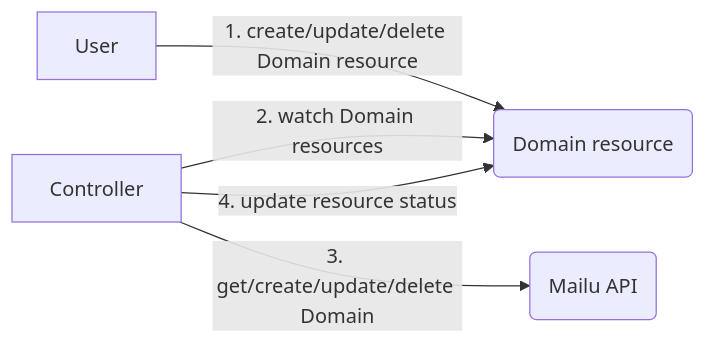
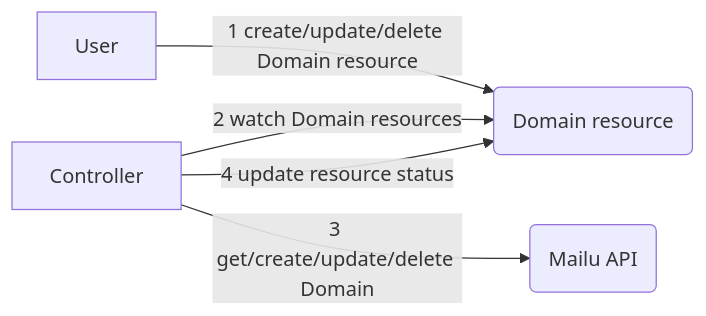
Before and after one commit to SickHub/mailu-operator: the diagram in README.md, drawn with Mermaid. The commit also changed 18 other files, not shown here.

````diff
--- a/README.md
+++ b/README.md
@@ -79,12 +79,12 @@
 ```mermaid
 flowchart LR
   CRD(Domain resource)
   Controller
   MailuAPI(Mailu API)
   
-  User -- 1. create/update/delete Domain resource --> CRD
+  User -- 1 create/update/delete Domain resource --> CRD
   
-  Controller -- 2. watch Domain resources --> CRD
-  Controller -- 3. get/create/update/delete Domain --> MailuAPI
-  Controller -- 4. update resource status --> CRD
+  Controller -- 2 watch Domain resources --> CRD
+  Controller -- 3 get/create/update/delete Domain --> MailuAPI
+  Controller -- 4 update resource status --> CRD
 ```
````
